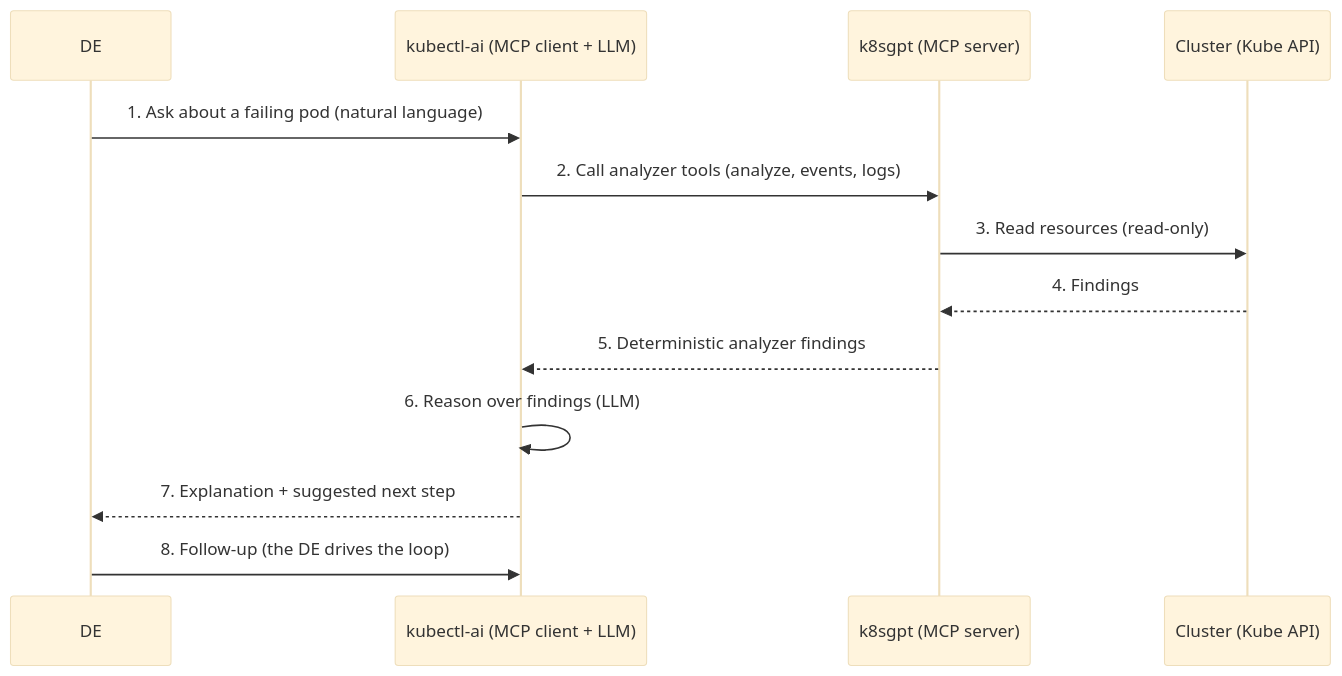
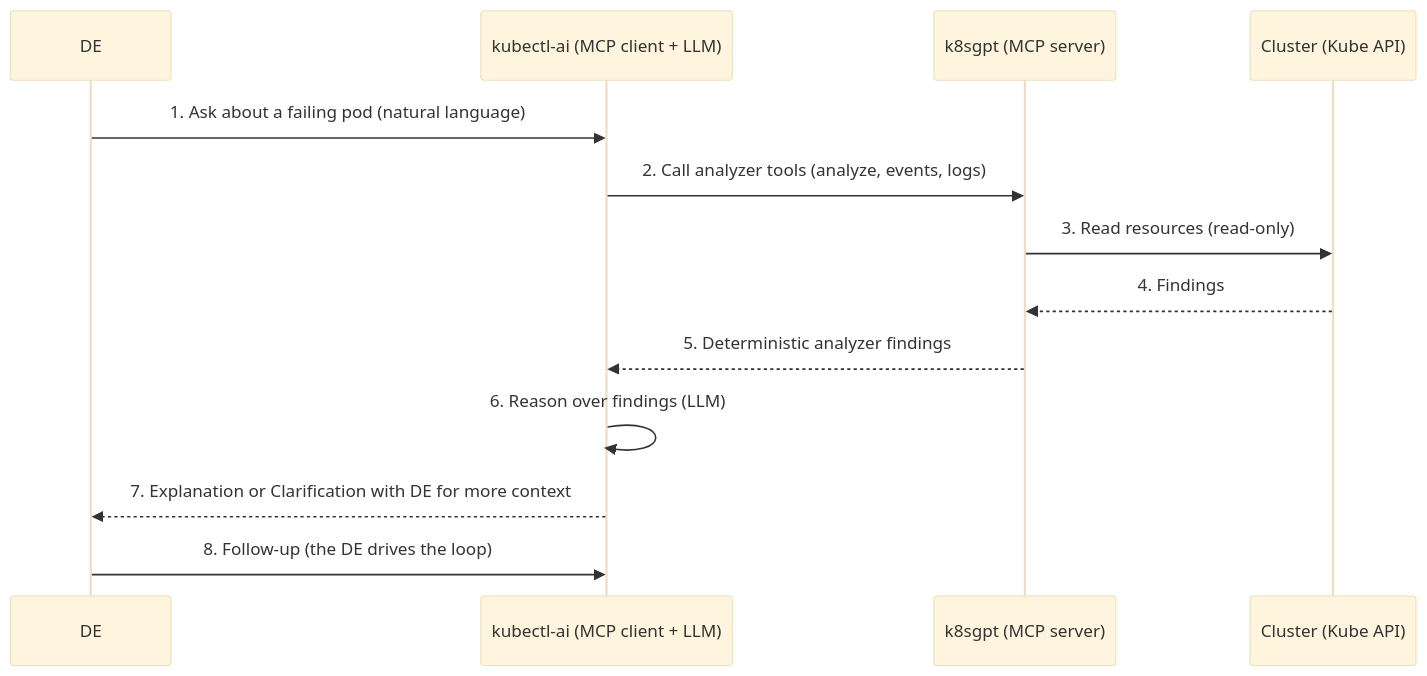
One commit to wenbierrr/Agent changed the second of 3 diagrams in rfc-ai-cluster-tooling.md. Above: the diagram before and after it, drawn with Mermaid (base theme). The commit also changed other lines of this file, not shown here.

````diff
--- a/rfc-ai-cluster-tooling.md
+++ b/rfc-ai-cluster-tooling.md
@@ -137,15 +136,15 @@
 ```mermaid
 sequenceDiagram
     participant DE as DE
     participant KA as kubectl-ai (MCP client + LLM)
     participant K8 as k8sgpt (MCP server)
     participant C as Cluster (Kube API)
     DE->>KA: 1. Ask about a failing pod (natural language)
     KA->>K8: 2. Call analyzer tools (analyze, events, logs)
     K8->>C: 3. Read resources (read-only)
     C-->>K8: 4. Findings
     K8-->>KA: 5. Deterministic analyzer findings
     KA->>KA: 6. Reason over findings (LLM)
-    KA-->>DE: 7. Explanation + suggested next step
+    KA-->>DE: 7. Explanation or Clarification with DE for more context
     DE->>KA: 8. Follow-up (the DE drives the loop)
 ```
````
